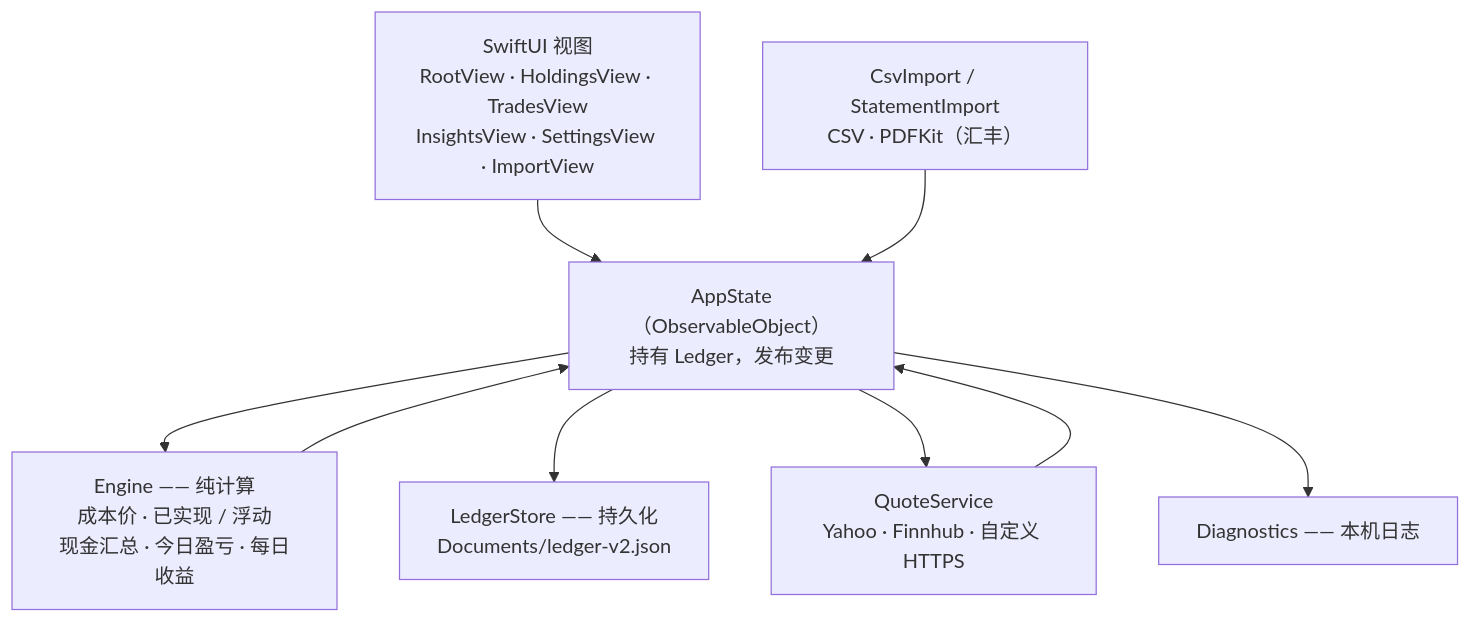
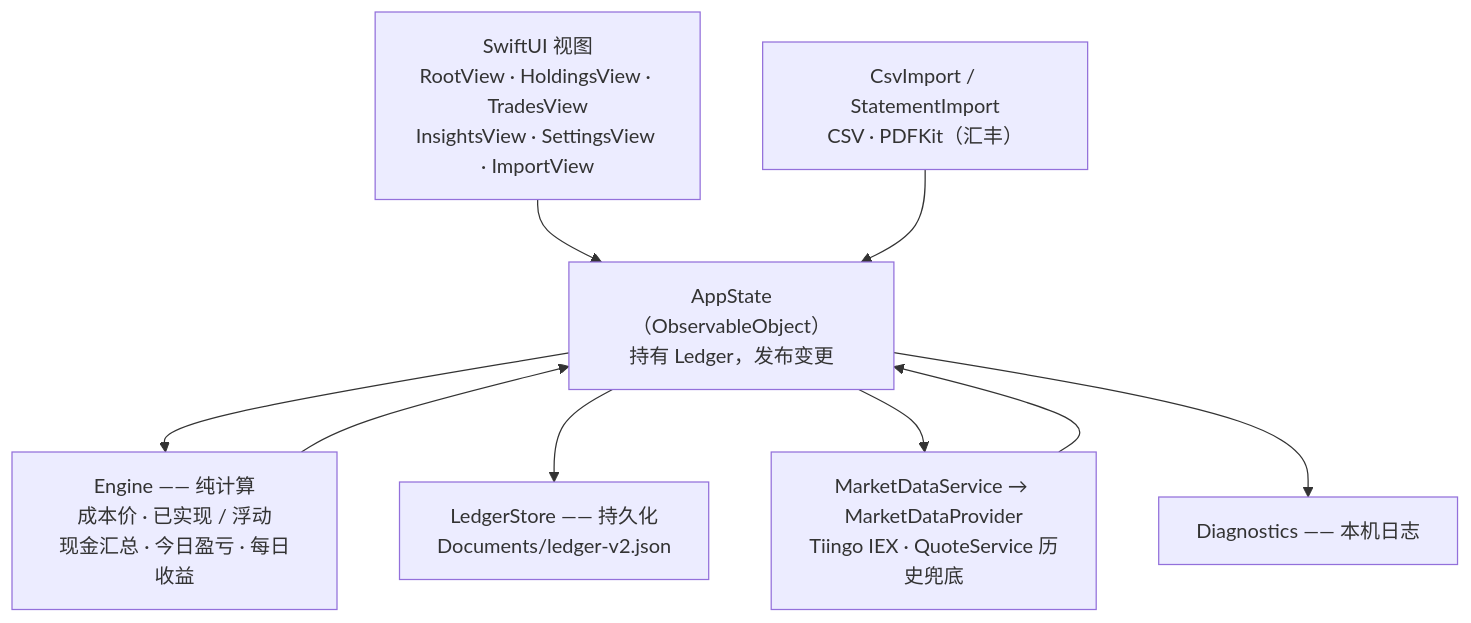
One commit to chengxiaomingcxm/us-stock-ledger changed the diagram in README.zh-Hans.md. Above: the diagram before and after it, drawn with Mermaid. The commit also changed other lines of this file and 19 other files, not shown here.

Commit message:
Update calendar returns from live market quotes

````diff
--- a/README.zh-Hans.md
+++ b/README.zh-Hans.md
@@ -69,19 +69,19 @@
 ```mermaid
 flowchart TD
     UI["SwiftUI 视图<br/>RootView · HoldingsView · TradesView<br/>InsightsView · SettingsView · ImportView"]
     State["AppState（ObservableObject）<br/>持有 Ledger，发布变更"]
     Engine["Engine —— 纯计算<br/>成本价 · 已实现 / 浮动<br/>现金汇总 · 今日盈亏 · 每日收益"]
     Store["LedgerStore —— 持久化<br/>Documents/ledger-v2.json"]
-    Quotes["QuoteService<br/>Yahoo · Finnhub · 自定义 HTTPS"]
+    Quotes["MarketDataService → MarketDataProvider<br/>Tiingo IEX · QuoteService 历史兜底"]
     Import["CsvImport / StatementImport<br/>CSV · PDFKit（汇丰）"]
     Diag["Diagnostics —— 本机日志"]
 
     UI --> State
     State --> Engine
     Engine --> State
     State --> Store
     State --> Quotes
     Quotes --> State
     Import --> State
     State --> Diag
 ```
````
